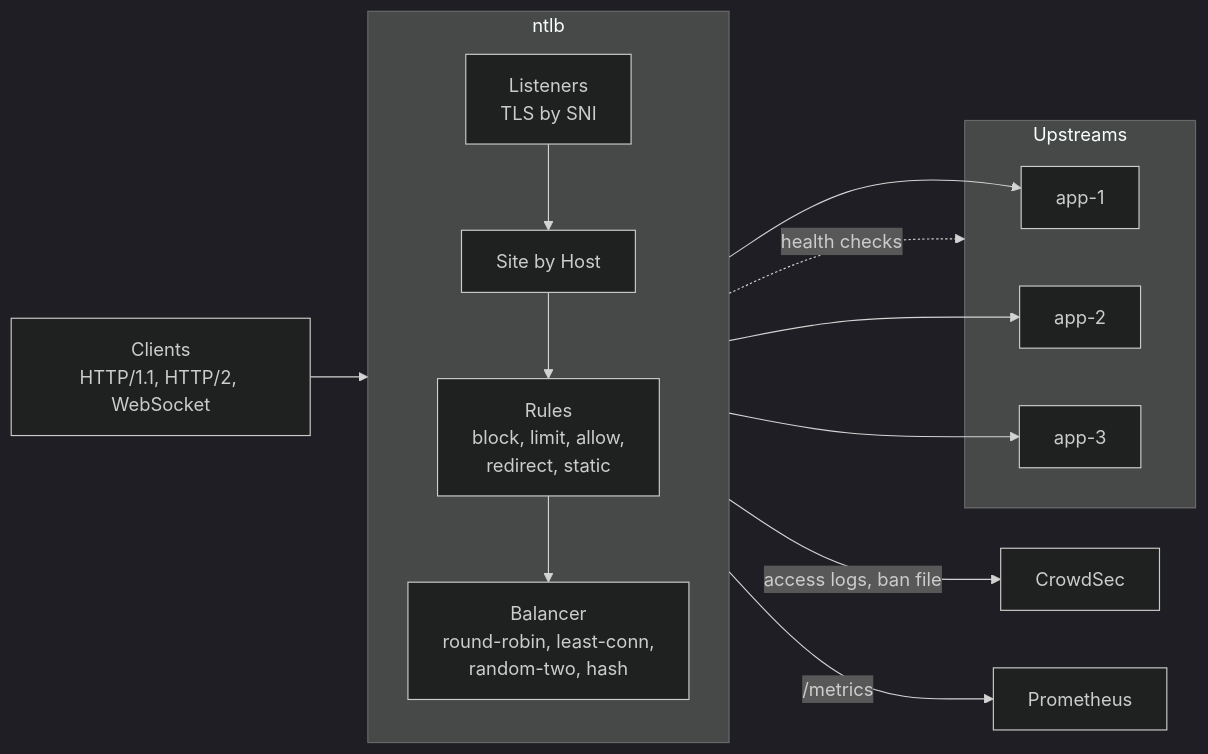
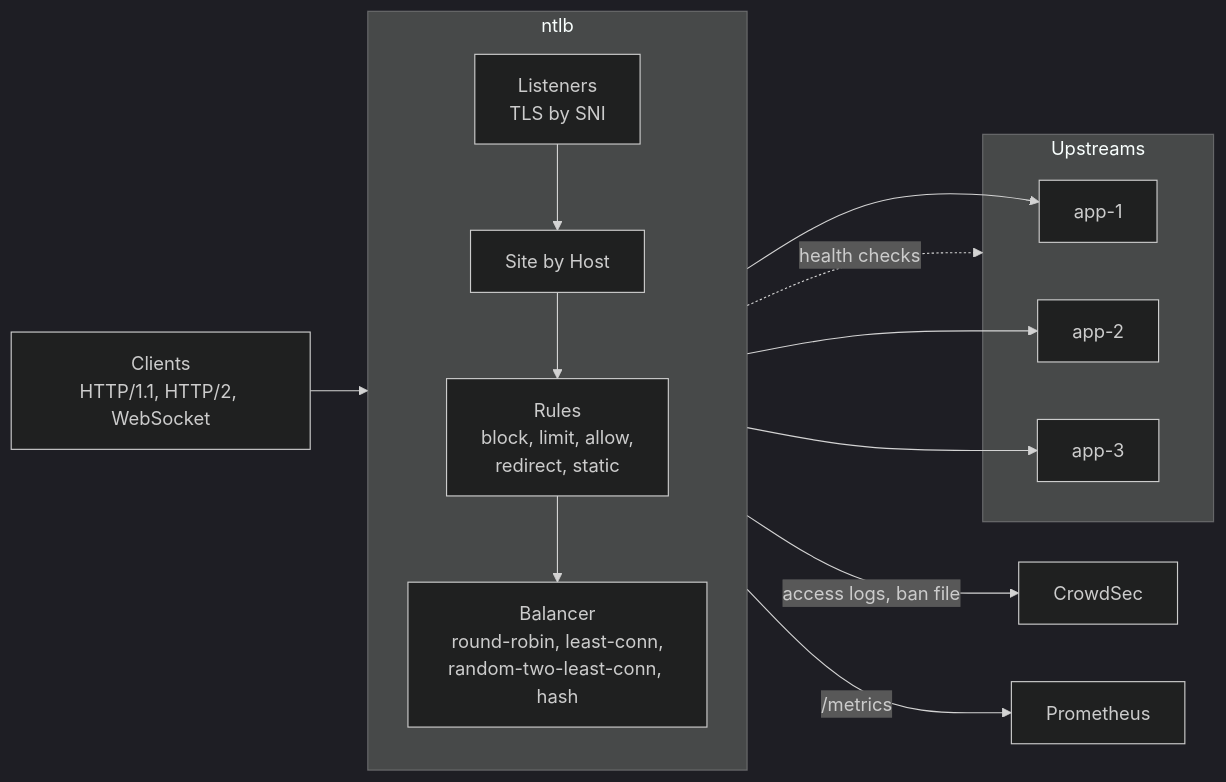
One commit to binwiederhier/ntlb changed the first of 2 diagrams in README.md. Above: the diagram before and after it, drawn with Mermaid (dark theme). The commit also changed other lines of this file and 17 other files, not shown here.

First line of the commit message:
Add server weights and backups, rename random-two, test ntfy end to end

````diff
--- a/README.md
+++ b/README.md
@@ -26,22 +26,22 @@
 ```mermaid
 flowchart LR
     clients["Clients<br/>HTTP/1.1, HTTP/2, WebSocket"]
     subgraph ntlb["ntlb"]
         direction TB
         listen["Listeners<br/>TLS by SNI"] --> site["Site by Host"]
         site --> rules["Rules<br/>block, limit, allow,<br/>redirect, static"]
-        rules --> pick["Balancer<br/>round-robin, least-conn,<br/>random-two, hash"]
+        rules --> pick["Balancer<br/>round-robin, least-conn,<br/>random-two-least-conn, hash"]
     end
     subgraph upstreams["Upstreams"]
         app1["app-1"]
         app2["app-2"]
         app3["app-3"]
     end
     clients --> listen
     pick --> app1
     pick --> app2
     pick --> app3
     ntlb -. "health checks" .-> upstreams
     ntlb -- "access logs, ban file" --> crowdsec["CrowdSec"]
     ntlb -- "/metrics" --> prom["Prometheus"]
 ```
````
